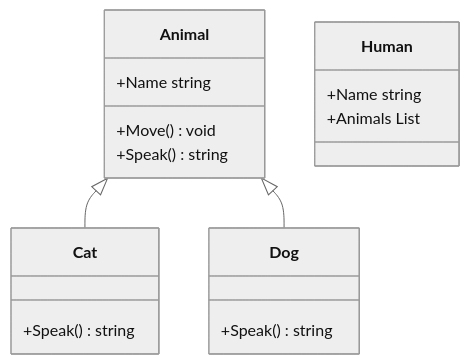
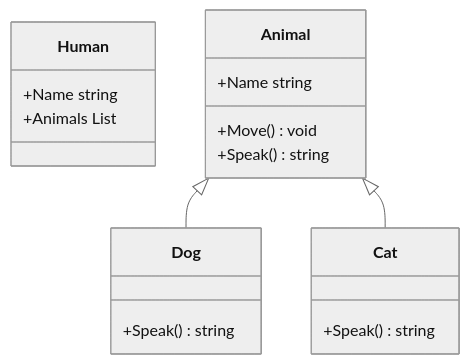
The diagram in UML.md (nurzhanme/SharpmaidGithubActionSample), drawn with Mermaid (neutral theme) before and after one commit. The commit also changed other lines of this file, not shown here.

Commit message:
UML generated

````diff
--- a/UML.md
+++ b/UML.md
@@ -1,20 +1,20 @@
 ```mermaid
 classDiagram
-Animal  <|-- Cat
-class Cat{
-+Speak() string
+class Human{
++Name string
++Animals List<Animal>
 }
 Animal  <|-- Dog
 class Dog{
 +Speak() string
-}
-class Human{
-+Name string
-+Animals List<Animal>
 }
 class Animal{
 +Name string
 +Move() void
 +Speak() string
 }
+Animal  <|-- Cat
+class Cat{
++Speak() string
+}
 ```
````
